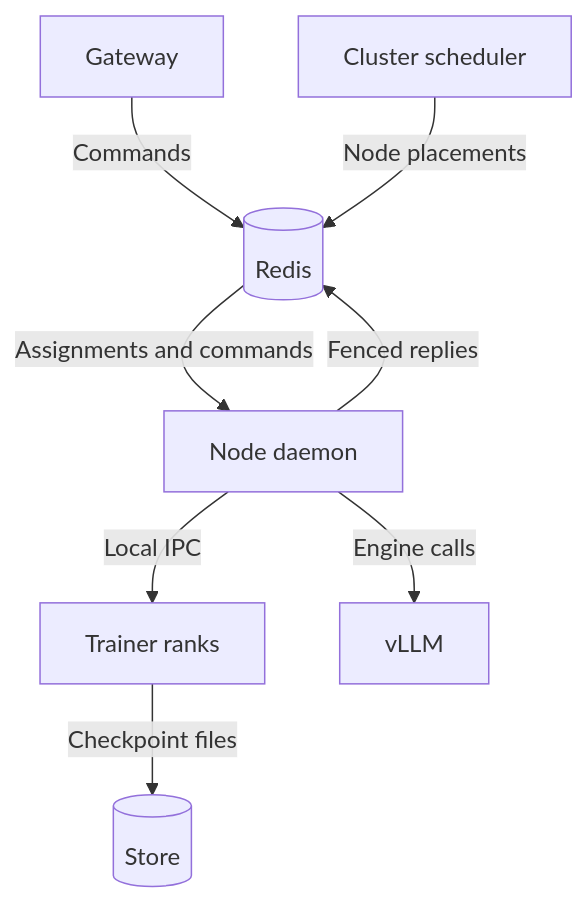
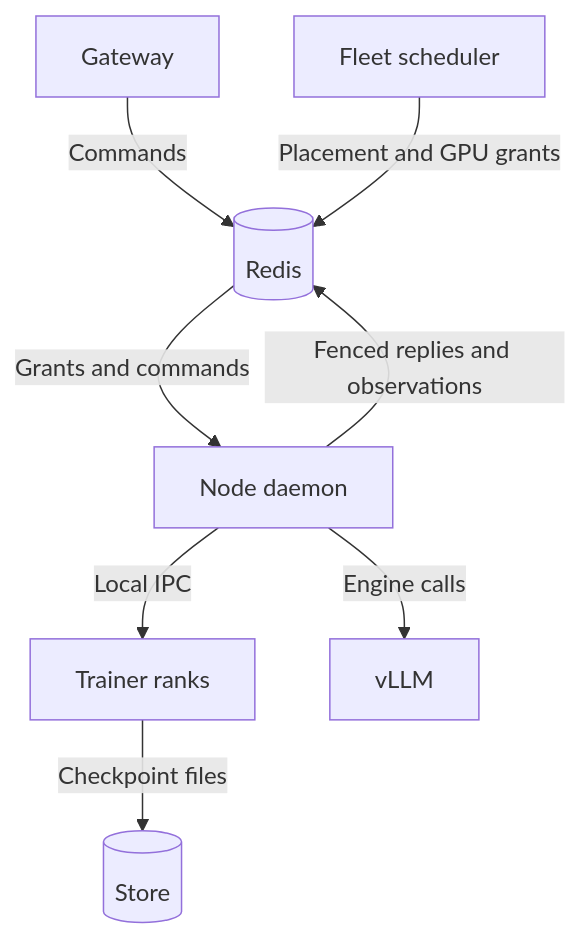
One commit to ShubyM/tiny-open-rl changed the diagram in README.md. Above: the diagram before and after it, drawn with Mermaid. The commit also changed other lines of this file and 30 other files, not shown here.

First line of the commit message:
Replace local GPU turns with a minimal fleet control plane

````diff
--- a/README.md
+++ b/README.md
@@ -115,10 +129,10 @@
 ```mermaid
 flowchart TD
   G["Gateway"] -->|Commands| R[("Redis")]
-  S["Cluster scheduler"] -->|Node placements| R
-  R -->|Assignments and commands| N["Node daemon"]
+  S["Fleet scheduler"] -->|Placement and GPU grants| R
+  R -->|Grants and commands| N["Node daemon"]
   N -->|Local IPC| T["Trainer ranks"]
   N -->|Engine calls| V["vLLM"]
   T -->|Checkpoint files| C[("Store")]
-  N -->|Fenced replies| R
+  N -->|Fenced replies and observations| R
 ```
````
